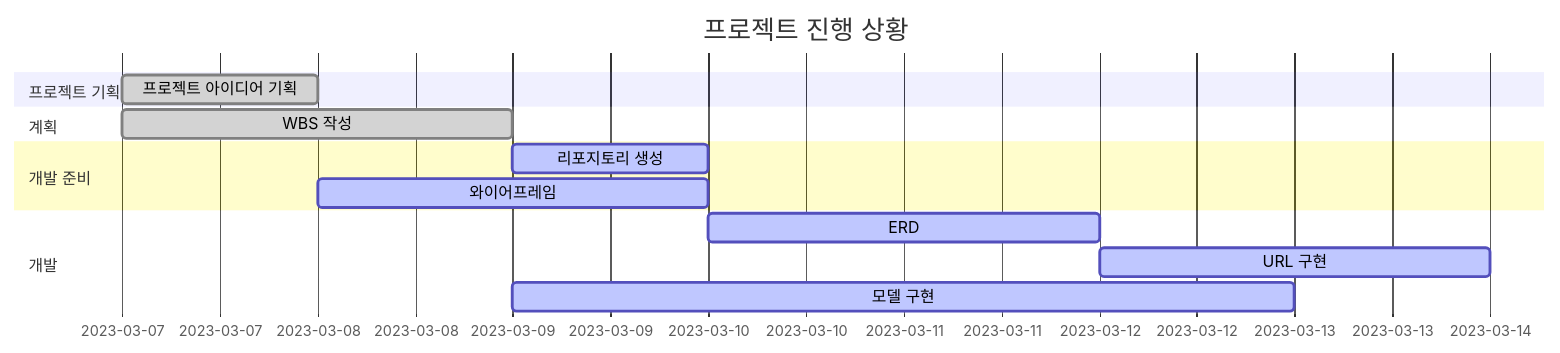
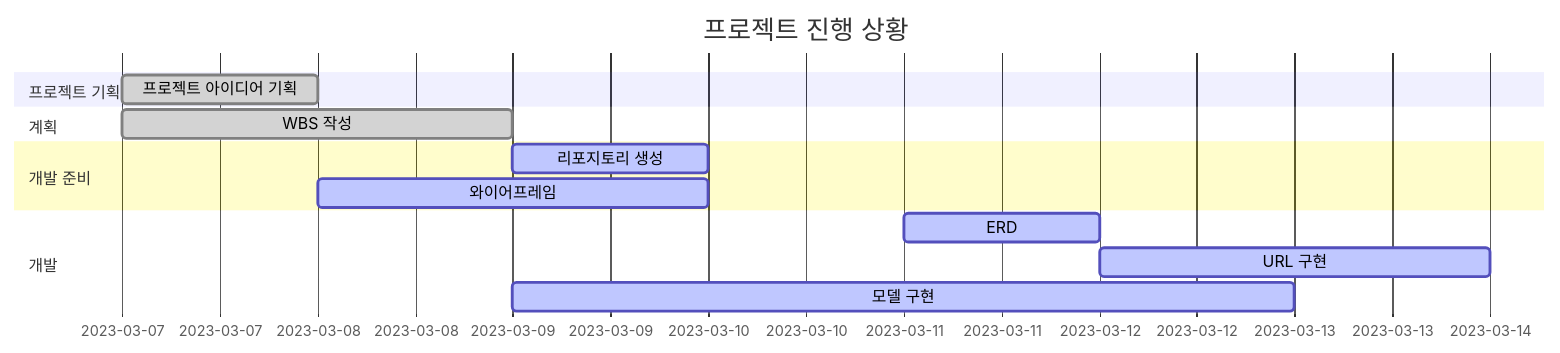
The diagram in README.md (YooJi3un/Booklog), drawn with Mermaid before and after one commit.

````diff
--- a/README.md
+++ b/README.md
@@ -15,21 +15,21 @@
 ```mermaid
 gantt
     dateFormat  YYYY-MM-DD
     title 프로젝트 진행 상황
 
     section 프로젝트 기획
     프로젝트 아이디어 기획    :done,    des1, 2023-03-07, 1d
     
     section 계획
     WBS 작성   :done,    des2, 2023-03-07, 2d
     
     section 개발 준비
     리포지토리 생성 :active,  des3, 2023-03-09, 1d
     와이어프레임      :active, des4, 2023-03-08, 2d
     
     section 개발
-    ERD          :         active, des4, 2023-03-10, 2d
+    ERD          :         active, des4, 2023-03-11, 1d
     URL 구현        :       active, des4, 2023-03-12, 2d
     모델 구현       :       active, des4, 2023-03-09, 4d
 
 ```
````
